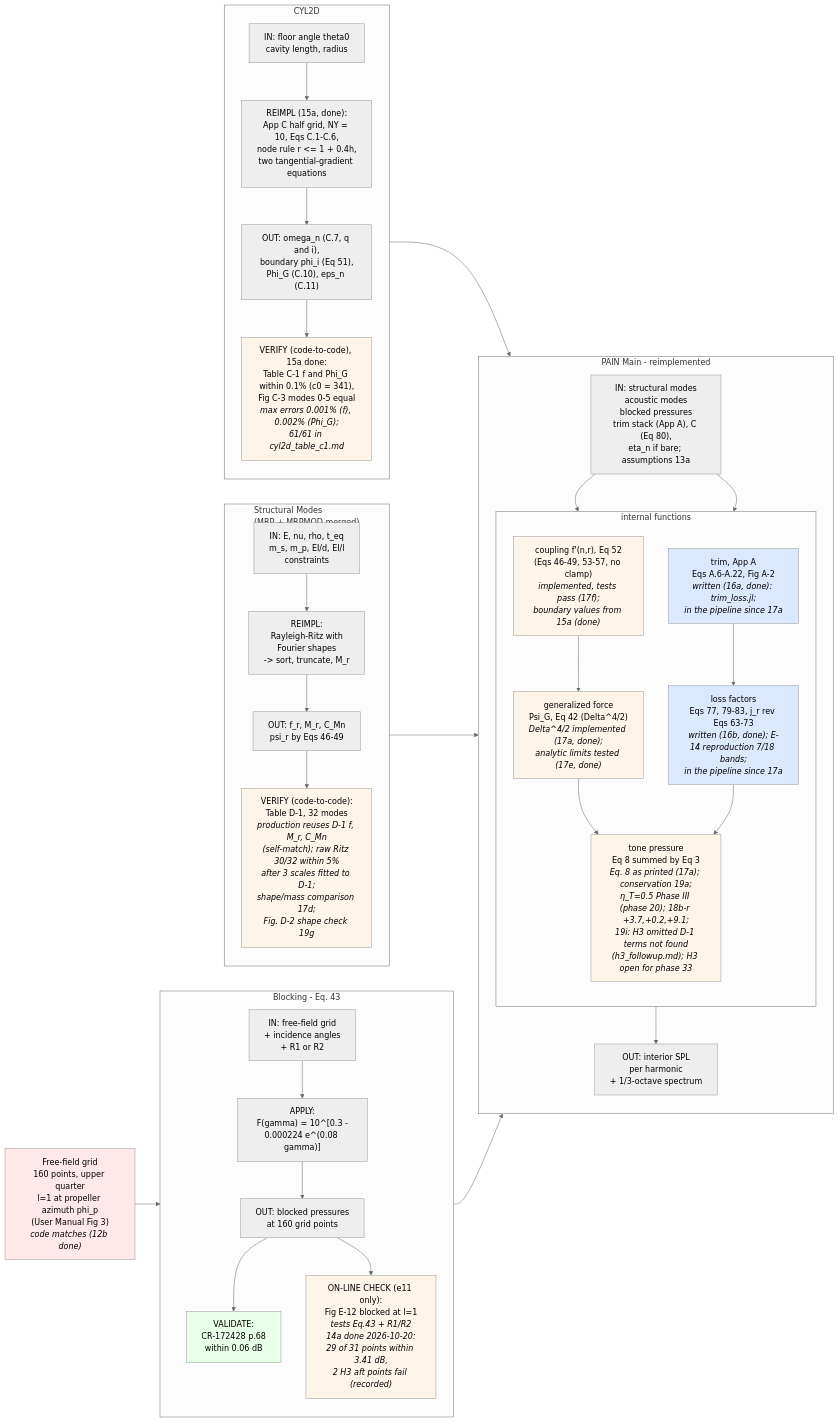
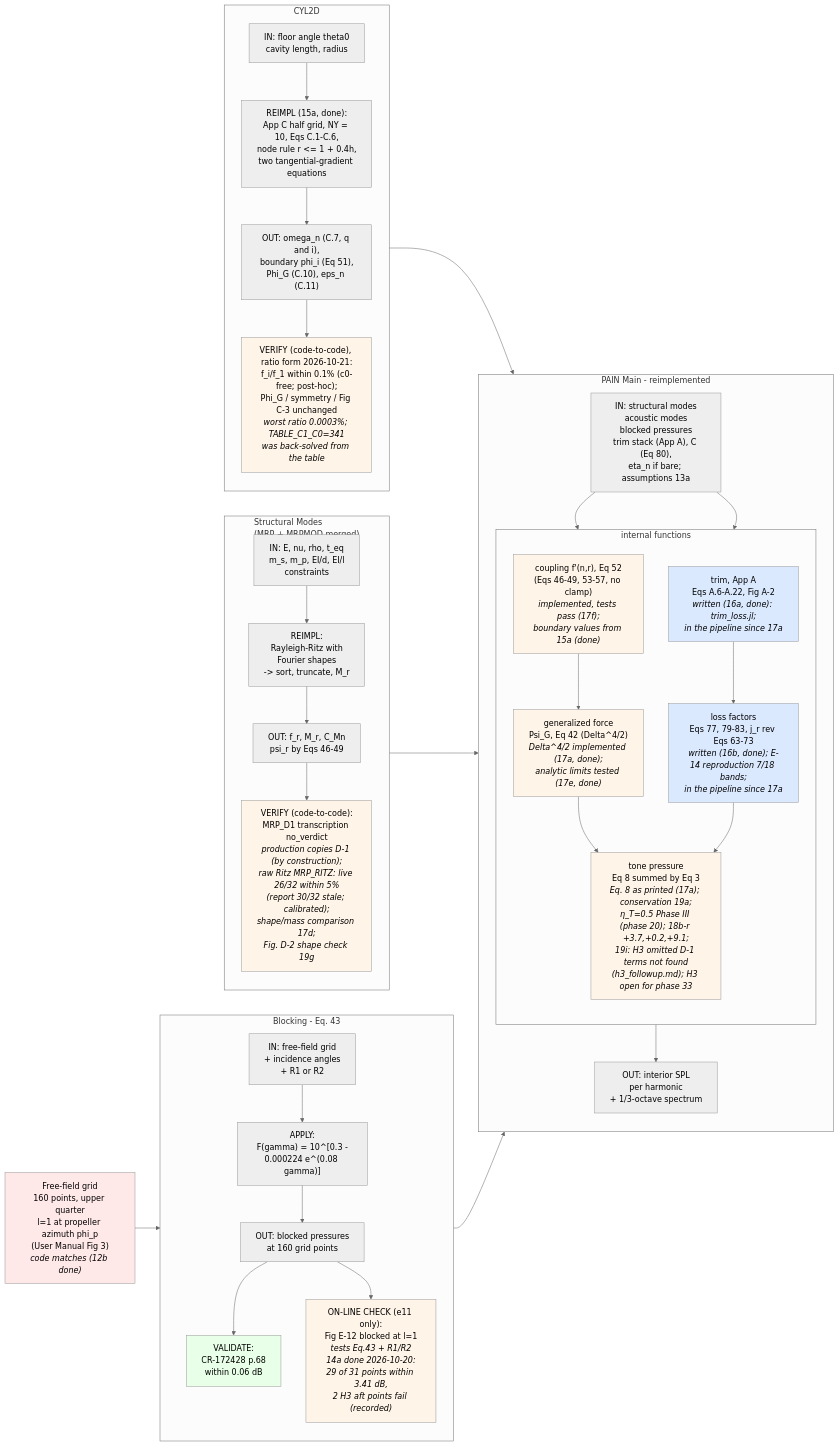
The fourth of 6 diagrams in rea-work/docs/flowchart.md (hoangf1/PAIN), drawn with Mermaid (neutral theme) before and after one commit. The commit also changed other lines of this file and 141 other files, not shown here.

````diff
--- a/rea-work/docs/flowchart.md
+++ b/rea-work/docs/flowchart.md
@@ -149,66 +150,66 @@
 ```mermaid
 flowchart LR
     GRID["Free-field grid<br/>160 points, upper quarter<br/>l=1 at propeller azimuth phi_p<br/>(User Manual Fig 3)<br/><i>code matches (12b done)</i>"]
 
     subgraph BLK["Blocking - Eq. 43"]
         direction TB
         B_IN["IN: free-field grid<br/>+ incidence angles<br/>+ R1 or R2"]
         B_FUNC["APPLY:<br/>F(gamma) = 10^[0.3 -<br/>0.000224 e^(0.08 gamma)]"]
         B_OUT["OUT: blocked pressures<br/>at 160 grid points"]
         B_VAL["VALIDATE:<br/>CR-172428 p.68<br/>within 0.06 dB"]
         B_VAL2["ON-LINE CHECK (e11 only):<br/>Fig E-12 blocked at l=1<br/><i>tests Eq.43 + R1/R2<br/>14a done 2026-10-20:<br/>29 of 31 points within 3.41 dB,<br/>2 H3 aft points fail (recorded)</i>"]
         B_IN --> B_FUNC --> B_OUT --> B_VAL
         B_OUT --> B_VAL2
     end
 
     subgraph MRP["Structural Modes<br/>(MRP + MRPMOD merged)"]
         direction TB
         M_IN["IN: E, nu, rho, t_eq<br/>m_s, m_p, EI/d, EI/l<br/>constraints"]
         M_FUNC["REIMPL:<br/>Rayleigh-Ritz with<br/>Fourier shapes<br/>-> sort, truncate, M_r"]
         M_OUT["OUT: f_r, M_r, C_Mn<br/>psi_r by Eqs 46-49"]
-        M_VAL["VERIFY (code-to-code):<br/>Table D-1, 32 modes<br/><i>production reuses D-1 f, M_r, C_Mn<br/>(self-match); raw Ritz 30/32 within 5%<br/>after 3 scales fitted to D-1;<br/>shape/mass comparison 17d;<br/>Fig. D-2 shape check 19g</i>"]
+        M_VAL["VERIFY (code-to-code):<br/>MRP_D1 transcription no_verdict<br/><i>production copies D-1 (by construction);<br/>raw Ritz MRP_RITZ: live 26/32 within 5%<br/>(report 30/32 stale; calibrated);<br/>shape/mass comparison 17d;<br/>Fig. D-2 shape check 19g</i>"]
         M_IN --> M_FUNC --> M_OUT --> M_VAL
     end
 
     subgraph CYL["CYL2D"]
         direction TB
         C_IN["IN: floor angle theta0<br/>cavity length, radius"]
         C_FUNC["REIMPL (15a, done):<br/>App C half grid, NY = 10, Eqs C.1-C.6,<br/>node rule r &lt;= 1 + 0.4h,<br/>two tangential-gradient equations"]
         C_OUT["OUT: omega_n (C.7, q and i),<br/>boundary phi_i (Eq 51),<br/>Phi_G (C.10), eps_n (C.11)"]
-        C_VAL["VERIFY (code-to-code), 15a done:<br/>Table C-1 f and Phi_G within 0.1% (c0 = 341),<br/>Fig C-3 modes 0-5 equal<br/><i>max errors 0.001% (f), 0.002% (Phi_G);<br/>61/61 in cyl2d_table_c1.md</i>"]
+        C_VAL["VERIFY (code-to-code), ratio form 2026-10-21:<br/>f_i/f_1 within 0.1% (c0-free; post-hoc);<br/>Phi_G / symmetry / Fig C-3 unchanged<br/><i>worst ratio 0.0003%; TABLE_C1_C0=341<br/>was back-solved from the table</i>"]
         C_IN --> C_FUNC --> C_OUT --> C_VAL
     end
 
     subgraph PAIN["PAIN Main - reimplemented"]
         direction TB
         P_IN["IN: structural modes<br/>acoustic modes<br/>blocked pressures<br/>trim stack (App A), C (Eq 80),<br/>eta_n if bare; assumptions 13a"]
         subgraph FUNC["internal functions"]
             direction TB
             F2["coupling f'(n,r), Eq 52<br/>(Eqs 46-49, 53-57, no clamp)<br/><i>implemented, tests pass (17f);<br/>boundary values from 15a (done)</i>"]
             F3["generalized force<br/>Psi_G, Eq 42 (Delta^4/2)<br/><i>Delta^4/2 implemented (17a, done);<br/>analytic limits tested (17e, done)</i>"]
             F4["trim, App A<br/>Eqs A.6-A.22, Fig A-2<br/><i>written (16a, done): trim_loss.jl;<br/>in the pipeline since 17a</i>"]
             F5["loss factors<br/>Eqs 77, 79-83, j_r rev Eqs 63-73<br/><i>written (16b, done); E-14 reproduction 7/18 bands;<br/>in the pipeline since 17a</i>"]
             F6["tone pressure<br/>Eq 8 summed by Eq 3<br/><i>Eq. 8 as printed (17a); conservation 19a;<br/>η_T=0.5 Phase III (phase 20); 18b-r +3.7,+0.2,+9.1;<br/>19i: H3 omitted D-1 terms not found<br/>(h3_followup.md); H3 open for phase 33</i>"]
         end
         P_OUT["OUT: interior SPL<br/>per harmonic<br/>+ 1/3-octave spectrum"]
         P_IN --> F2 --> F3 --> F6
         P_IN --> F4 --> F5 --> F6
         F6 --> P_OUT
     end
 
     GRID --> B_IN
     B_VAL --> P_IN
     C_VAL --> P_IN
     M_VAL --> P_IN
 
     style F2 fill:#fff4e8
     style F3 fill:#fff4e8
     style F4 fill:#dbe9ff
     style F5 fill:#dbe9ff
     style F6 fill:#fff4e8
     style B_VAL fill:#e8ffe8
     style B_VAL2 fill:#fff4e8
     style C_VAL fill:#fff4e8
     style M_VAL fill:#fff4e8
     style GRID fill:#ffe8e8
 ```
````
